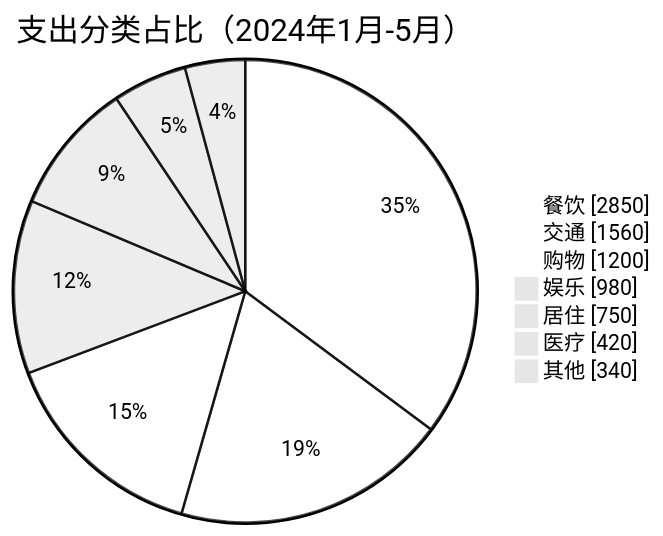
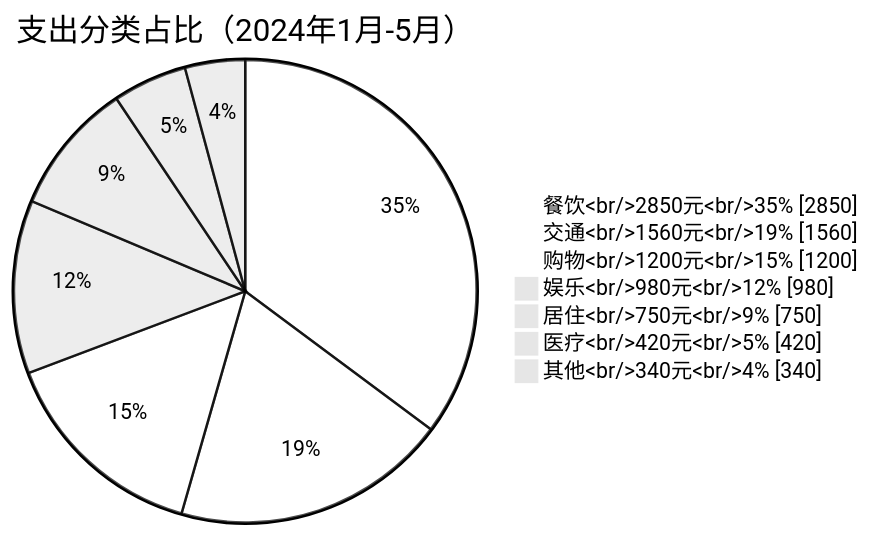
Before and after one commit to C1010wj/iodraw-files: the diagram in all/未命名-2.md, drawn with Mermaid.

Commit message:
2026-05-06 15:21:22 update

````diff
--- a/all/未命名-2.md
+++ b/all/未命名-2.md
@@ -1,32 +1,27 @@
 ```mermaid
 %%{init: {
     'theme': 'base',
     'themeVariables': {
         'primaryColor': '#ffffff',
         'primaryTextColor': '#000000',
         'primaryBorderColor': '#000000',
         'lineColor': '#000000',
-        'pie': {
-            'borderColor': '#000000',
-            'labelColor': '#000000',
-            'backgroundColor': '#ffffff',
-            'colors': ['#ffffff', '#f0f0f0', '#e0e0e0', '#d0d0d0', '#c0c0c0', '#b0b0b0', '#a0a0a0']
-        },
         'fontSize': '12px'
     },
     'pie': {
         'maxWidth': 240,
         'minWidth': 200,
-        'radius': 0.8
+        'radius': 0.8,
+        'labelPosition': 0.5
     }
 }}%%
 pie showData
     title 支出分类占比（2024年1月-5月）
-    "餐饮" : 2850
-    "交通" : 1560
-    "购物" : 1200
-    "娱乐" : 980
-    "居住" : 750
-    "医疗" : 420
-    "其他" : 340
+    "餐饮<br/>2850元<br/>35%" : 2850
+    "交通<br/>1560元<br/>19%" : 1560
+    "购物<br/>1200元<br/>15%" : 1200
+    "娱乐<br/>980元<br/>12%" : 980
+    "居住<br/>750元<br/>9%" : 750
+    "医疗<br/>420元<br/>5%" : 420
+    "其他<br/>340元<br/>4%" : 340
 ```
````
